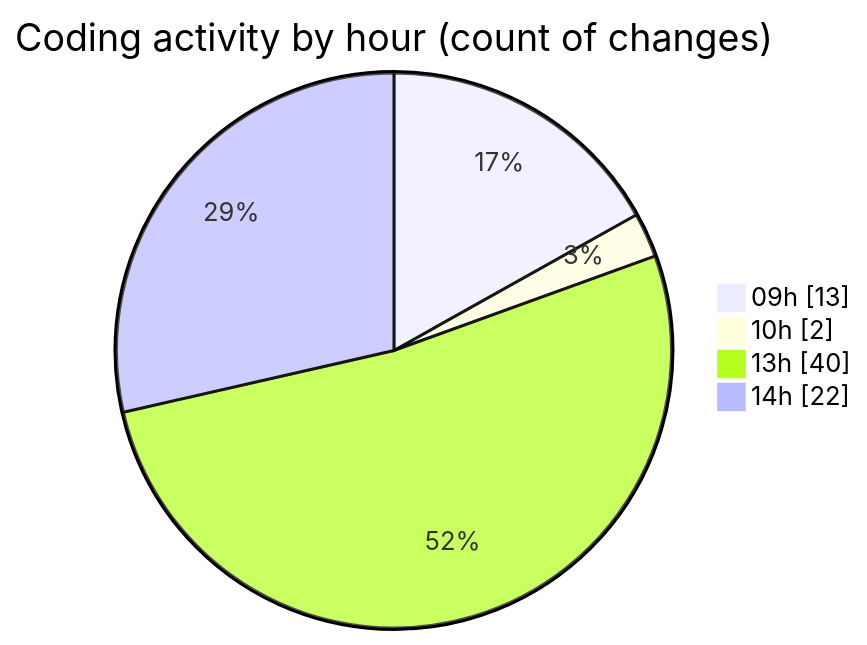
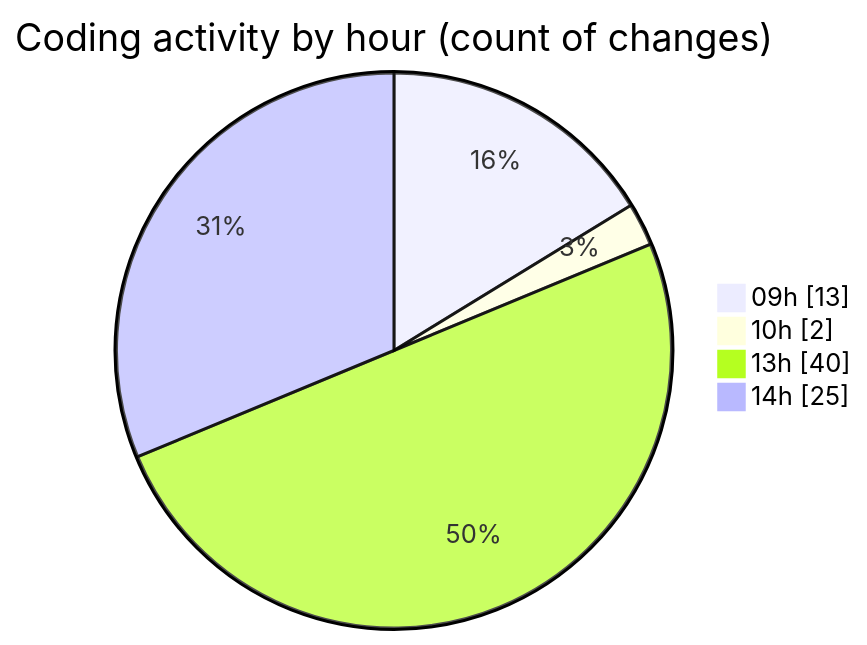
The second of 2 diagrams in 2025-08-29/cda/README.md (momahboobian/code-tracking), drawn with Mermaid before and after one commit. The commit also changed other lines of this file and 1 other file, not shown here.

````diff
--- a/2025-08-29/cda/README.md
+++ b/2025-08-29/cda/README.md
@@ -44,8 +44,8 @@
 ```mermaid
 pie showData
 title Coding activity by hour (count of changes)
 "09h" : 13
 "10h" : 2
 "13h" : 40
-"14h" : 22
+"14h" : 25
 ```
````
